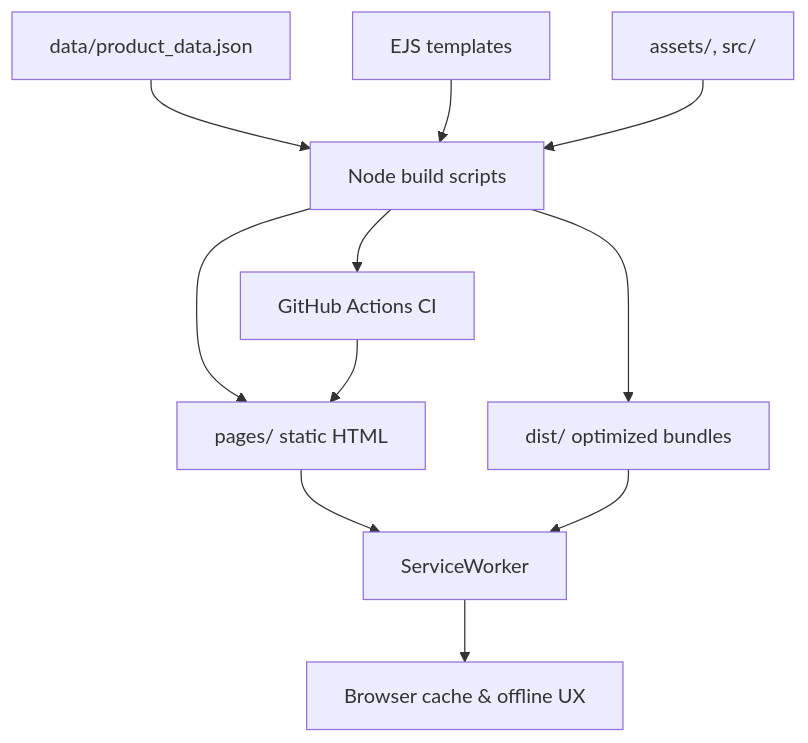
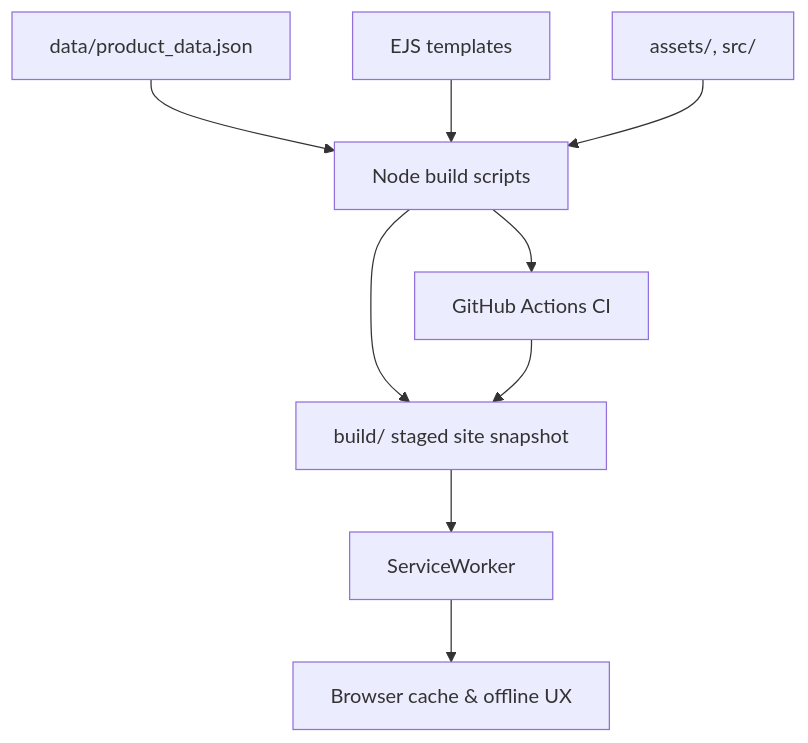
The diagram in README.md (cortega26/elrincondeebano), drawn with Mermaid before and after one commit. The commit also changed other lines of this file and 73 other files, not shown here.

````diff
--- a/README.md
+++ b/README.md
@@ -35,13 +35,11 @@
 ```mermaid
 flowchart TD
   Data[data/product_data.json] --> BuildScripts[Node build scripts]
   Templates[EJS templates] --> BuildScripts
   Assets[assets/, src/] --> BuildScripts
-  BuildScripts --> Pages[pages/ static HTML]
-  BuildScripts --> Dist[dist/ optimized bundles]
-  Pages --> ServiceWorker
-  Dist --> ServiceWorker
+  BuildScripts --> Staging[build/ staged site snapshot]
+  Staging --> ServiceWorker
   ServiceWorker --> Browser[Browser cache & offline UX]
   BuildScripts --> CI[GitHub Actions CI]
-  CI --> Pages
+  CI --> Staging
 ```
````
